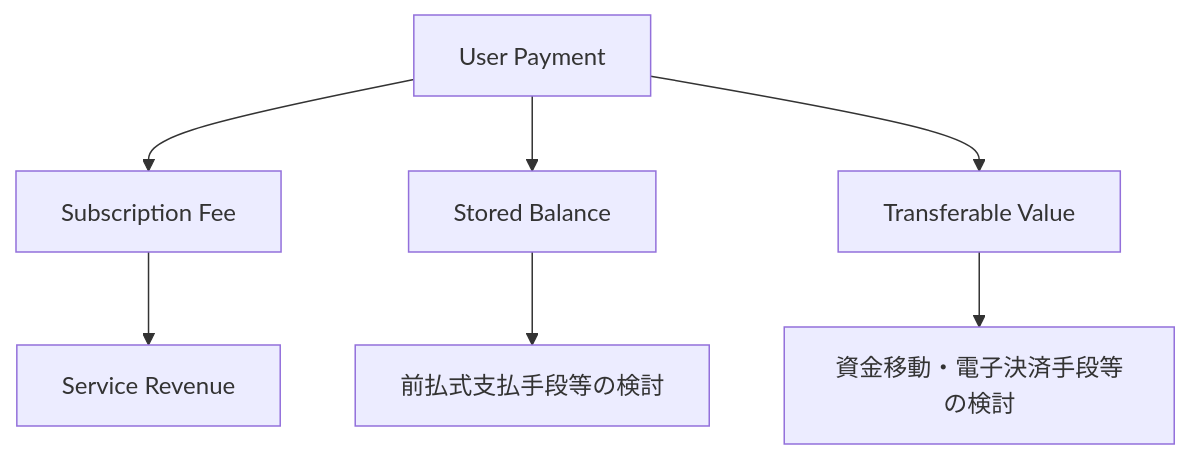
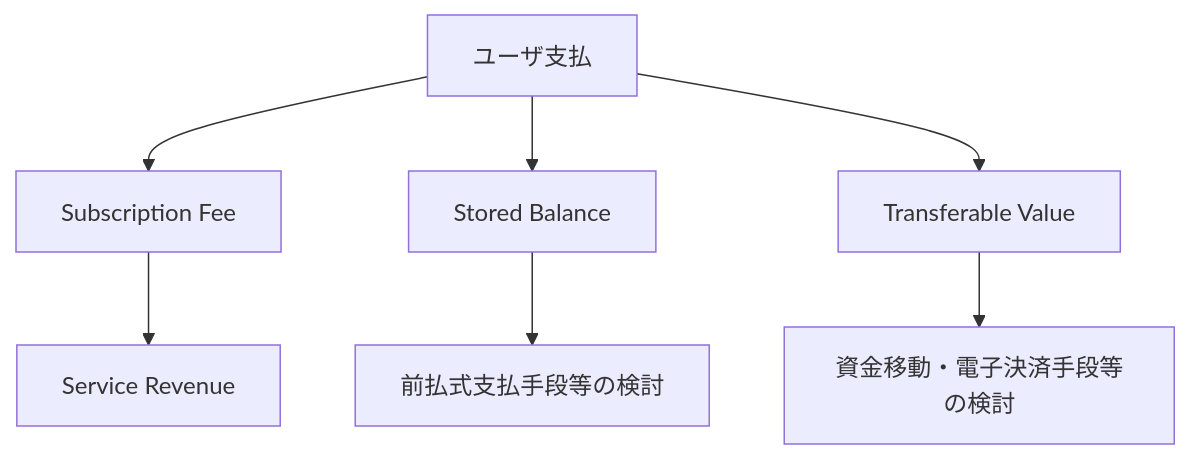
One commit to ShigeichiroYamasaki/creator-first-platform changed the tenth of 45 diagrams in docs/whitepaper/11-legal-sto-tax.md. Above: the diagram before and after it, drawn with Mermaid. The commit also changed other lines of this file and 67 other files, not shown here.

````diff
--- a/docs/whitepaper/11-legal-sto-tax.md
+++ b/docs/whitepaper/11-legal-sto-tax.md
@@ -281,11 +281,11 @@
 ```mermaid
 flowchart TD
-    USER[User Payment]
+    USER[ユーザ支払]
     USER --> SUB[Subscription Fee]
     USER --> BALANCE[Stored Balance]
     USER --> TRANSFER[Transferable Value]
 
     SUB --> SERVICE[Service Revenue]
     BALANCE --> REVIEW1[前払式支払手段等の検討]
     TRANSFER --> REVIEW2[資金移動・電子決済手段等の検討]
 ```
````
